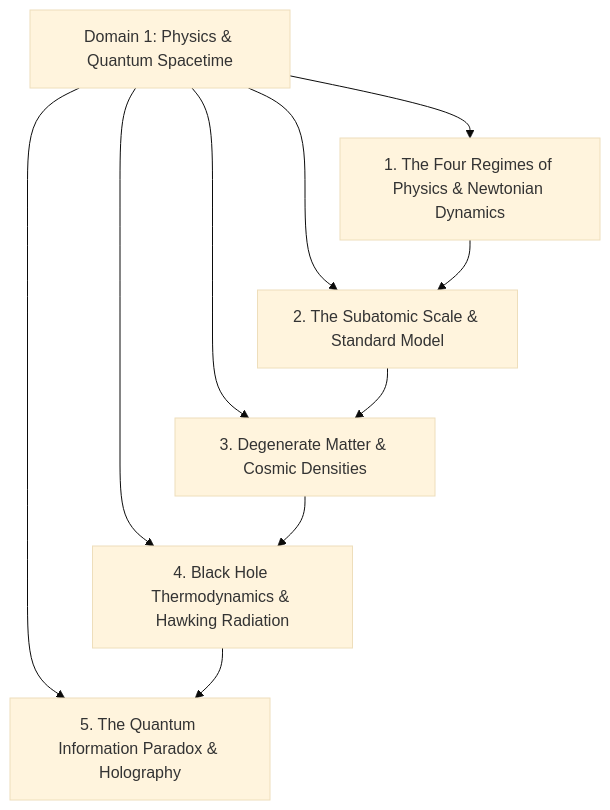
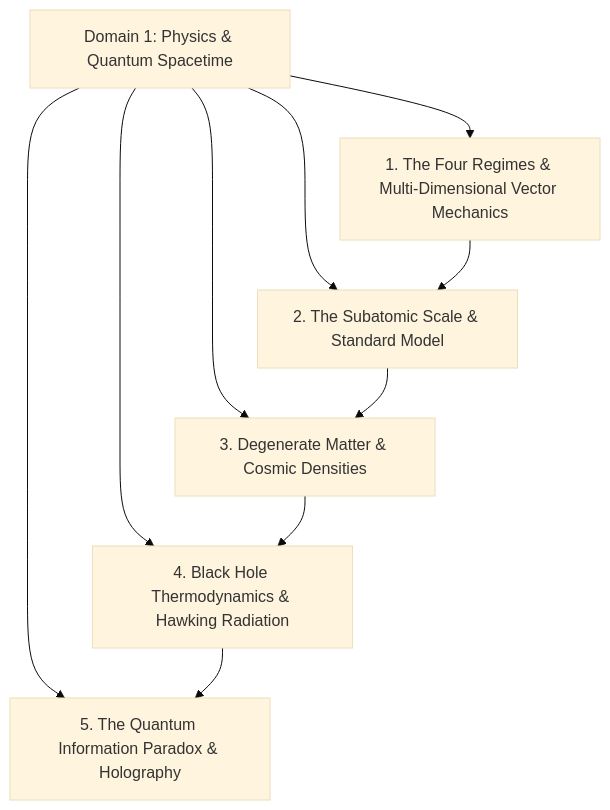
Before and after one commit to vs00918/aravalli: the first of 5 diagrams in knowledge-tree/domains/01-physics-quantum-and-spacetime.md, drawn with Mermaid (base theme). The commit also changed other lines of this file and 1 other file, not shown here.

Commit message:
Ingest Yale Physics Lecture 2 (Prof. Shankar): Vectors, Coordinate Invariance & Decoupled Dynamics in Domain 1

````diff
--- a/knowledge-tree/domains/01-physics-quantum-and-spacetime.md
+++ b/knowledge-tree/domains/01-physics-quantum-and-spacetime.md
@@ -9,13 +9,13 @@
 ```mermaid
 graph TD
-    Domain["Domain 1: Physics & Quantum Spacetime"] --> Classical["1. The Four Regimes of Physics & Newtonian Dynamics"]
+    Domain["Domain 1: Physics & Quantum Spacetime"] --> Classical["1. The Four Regimes & Multi-Dimensional Vector Mechanics"]
     Domain --> Scale["2. The Subatomic Scale & Standard Model"]
     Domain --> ExtremeMatter["3. Degenerate Matter & Cosmic Densities"]
     Domain --> BlackHoles["4. Black Hole Thermodynamics & Hawking Radiation"]
     Domain --> InfoParadox["5. The Quantum Information Paradox & Holography"]
 
     Classical --> Scale
     Scale --> ExtremeMatter
     ExtremeMatter --> BlackHoles
     BlackHoles --> InfoParadox
 ```
````
